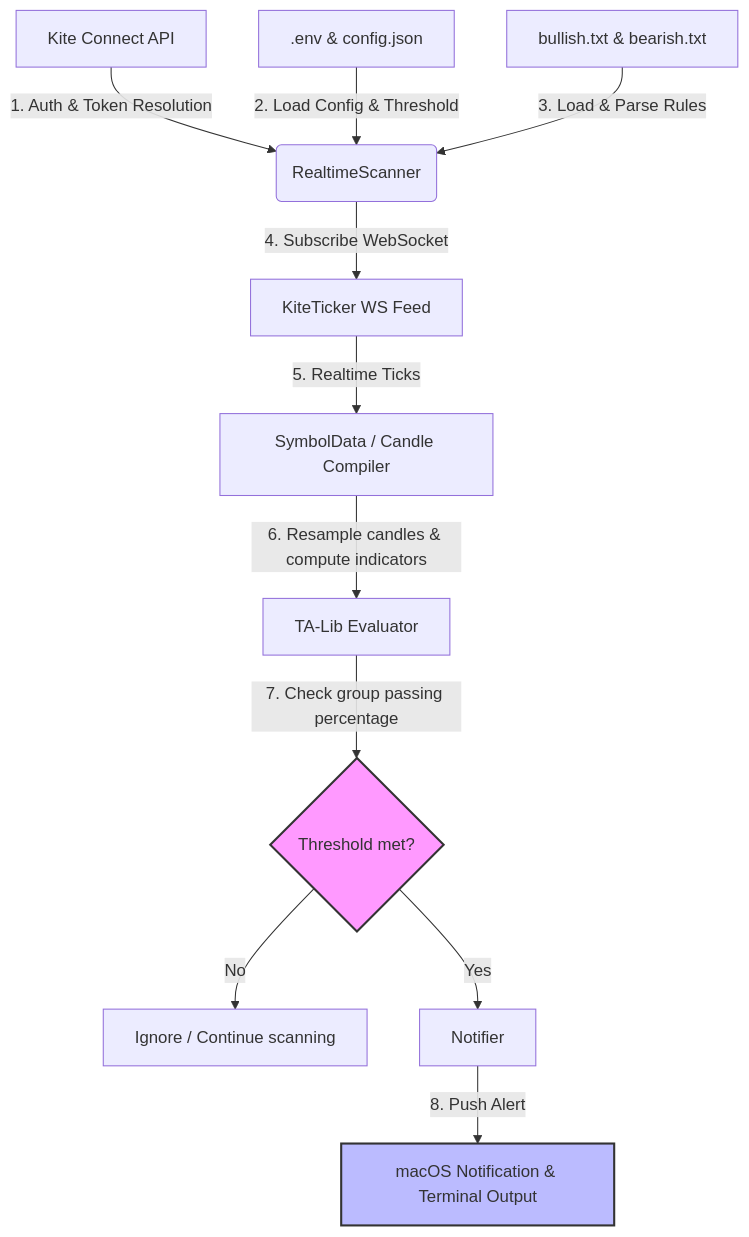
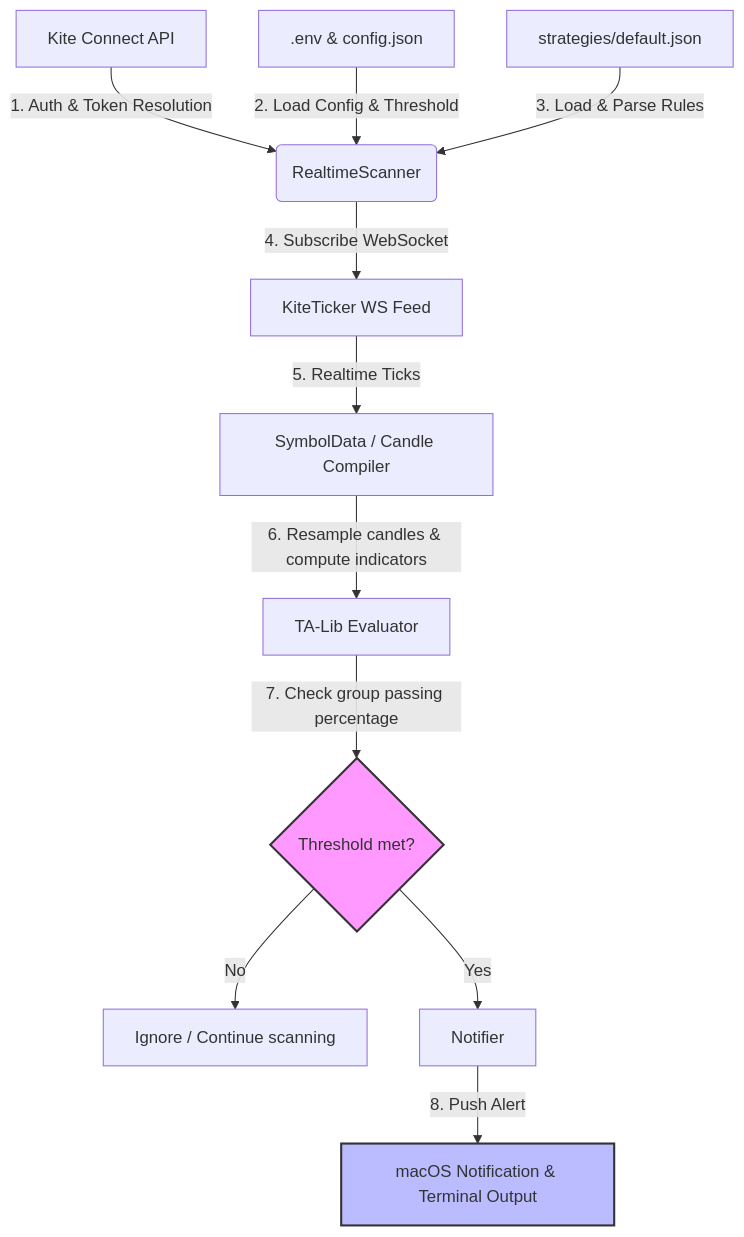
Before and after one commit to sand-io/trading_alerts: the diagram in kite/README.md, drawn with Mermaid. The commit also changed other lines of this file and 17 other files, not shown here.

````diff
--- a/kite/README.md
+++ b/kite/README.md
@@ -11,18 +11,18 @@
 ```mermaid
 graph TD
     A[Kite Connect API] -->|1. Auth & Token Resolution| B(RealtimeScanner)
     C[.env & config.json] -->|2. Load Config & Threshold| B
-    D[bullish.txt & bearish.txt] -->|3. Load & Parse Rules| B
+    D[strategies/default.json] -->|3. Load & Parse Rules| B
     
     B -->|4. Subscribe WebSocket| E[KiteTicker WS Feed]
     E -->|5. Realtime Ticks| F[SymbolData / Candle Compiler]
     F -->|6. Resample candles & compute indicators| G[TA-Lib Evaluator]
     
     G -->|7. Check group passing percentage| H{Threshold met?}
     H -->|No| I[Ignore / Continue scanning]
     H -->|Yes| J[Notifier]
     J -->|8. Push Alert| K[macOS Notification & Terminal Output]
 
     style H fill:#f9f,stroke:#333,stroke-width:2px
     style K fill:#bbf,stroke:#333,stroke-width:2px
 ```
````
